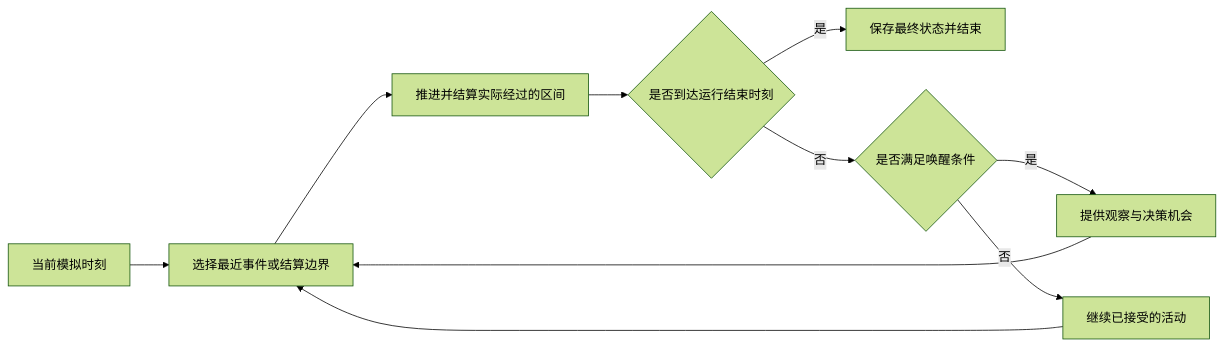
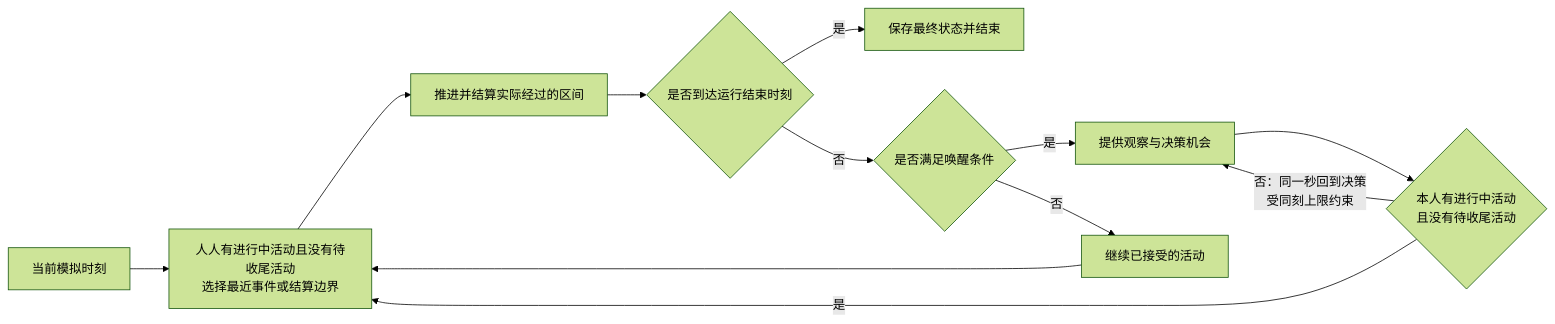
Before and after one commit to HoldThatThgt/WorldMock: the fifth of 8 diagrams in docs/design/01-architecture.md, drawn with Mermaid (forest theme). The commit also changed other lines of this file and 28 other files, not shown here.

````diff
--- a/docs/design/01-architecture.md
+++ b/docs/design/01-architecture.md
@@ -207,12 +214,14 @@
 ```mermaid
 flowchart LR
-    NOW[当前模拟时刻] --> NEXT[选择最近事件或结算边界]
+    NOW[当前模拟时刻] --> NEXT[人人有进行中活动且没有待收尾活动<br/>选择最近事件或结算边界]
     NEXT --> SETTLE[推进并结算实际经过的区间]
     SETTLE --> FINISH{是否到达运行结束时刻}
     FINISH -->|是| STOP[保存最终状态并结束]
     FINISH -->|否| WAKE{是否满足唤醒条件}
     WAKE -->|是| DECIDE[提供观察与决策机会]
     WAKE -->|否| CONTINUE[继续已接受的活动]
-    DECIDE --> NEXT
+    DECIDE --> READY{本人有进行中活动<br/>且没有待收尾活动}
+    READY -->|否：同一秒回到决策<br/>受同刻上限约束| DECIDE
+    READY -->|是| NEXT
     CONTINUE --> NEXT
 ```
````
